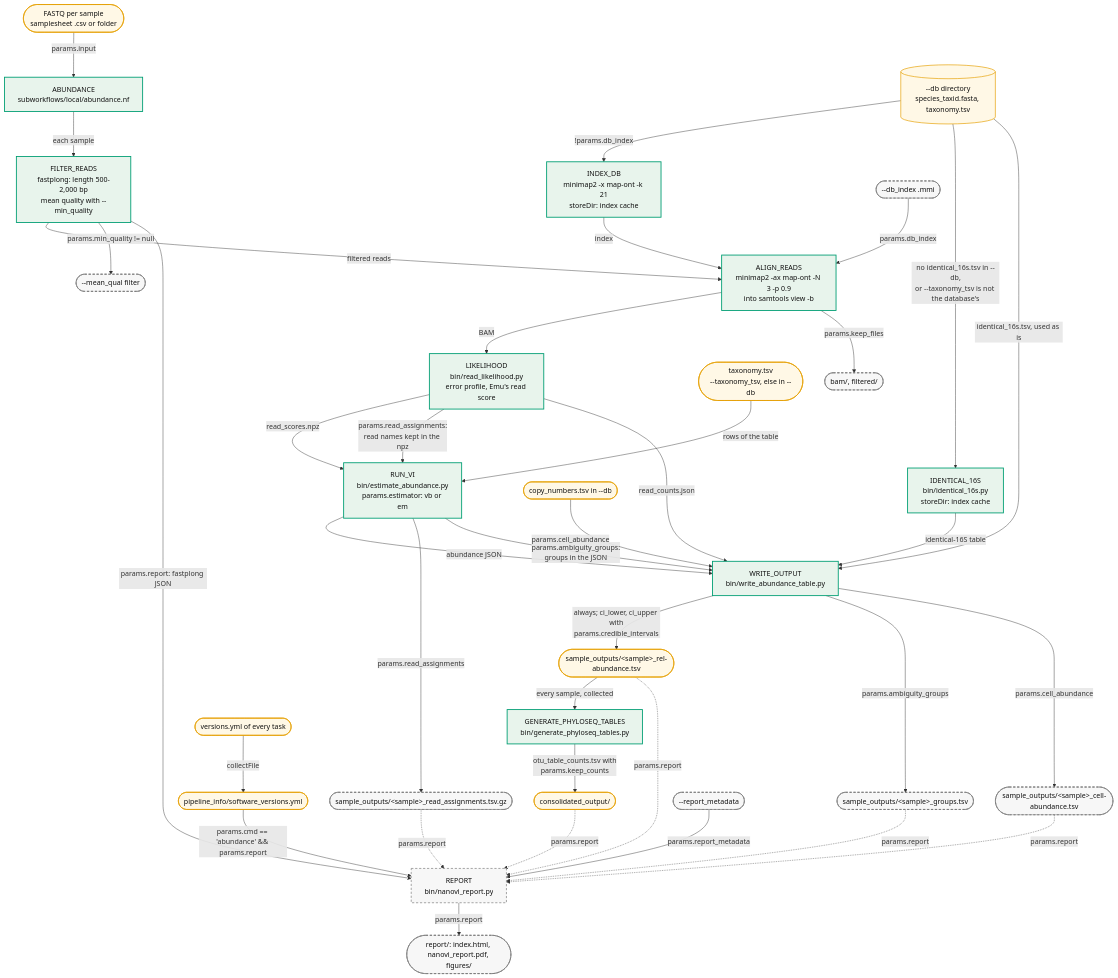
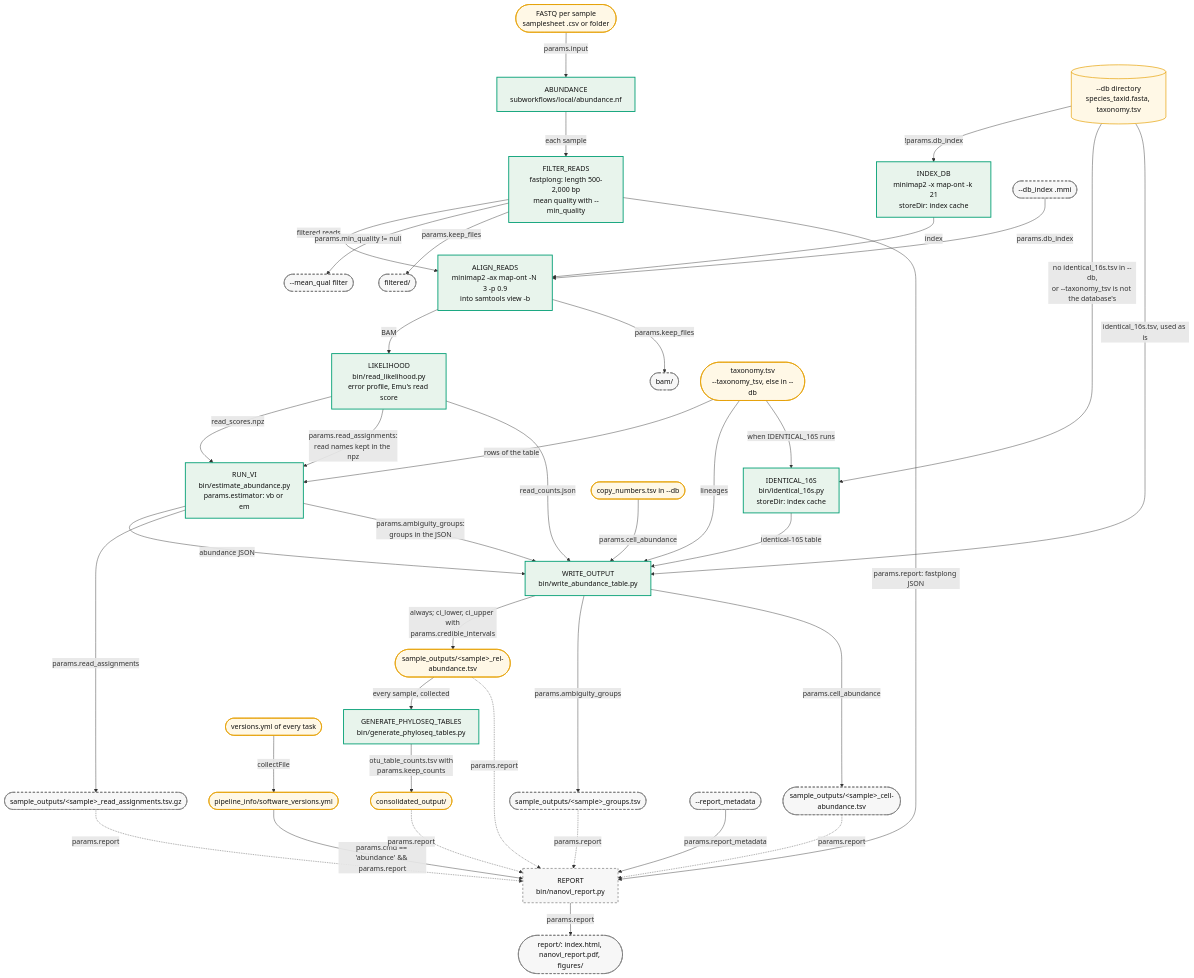
The first of 4 diagrams in docs/workflow.md (microbialds/NanoVI), drawn with Mermaid before and after one commit. The commit also changed other lines of this file and 4 other files, not shown here.

First line of the commit message:
fix: workflow page, diagram check and methods after review (F59)

````diff
--- a/docs/workflow.md
+++ b/docs/workflow.md
@@ -27,47 +31,50 @@
 ```mermaid
 flowchart TD
     Reads(["FASTQ per sample<br/>samplesheet .csv or folder"]) -->|"params.input"| ABUNDANCE
     ABUNDANCE["ABUNDANCE<br/>subworkflows/local/abundance.nf"] -->|"each sample"| FILTER_READS
 
     FILTER_READS["FILTER_READS<br/>fastplong: length 500-2,000 bp<br/>mean quality with --min_quality"] -->|"filtered reads"| ALIGN_READS
     FILTER_READS -->|"params.min_quality != null"| Quality(["--mean_qual filter"])
 
     Db[("--db directory<br/>species_taxid.fasta, taxonomy.tsv")] -->|"!params.db_index"| INDEX_DB["INDEX_DB<br/>minimap2 -x map-ont -k 21<br/>storeDir: index cache"]
     DbIndex(["--db_index .mmi"]) -->|"params.db_index"| ALIGN_READS
     INDEX_DB -->|"index"| ALIGN_READS
     Db -->|"no identical_16s.tsv in --db,<br/>or --taxonomy_tsv is not the database's"| IDENTICAL_16S["IDENTICAL_16S<br/>bin/identical_16s.py<br/>storeDir: index cache"]
     Db -->|"identical_16s.tsv, used as is"| WRITE_OUTPUT
     IDENTICAL_16S -->|"identical-16S table"| WRITE_OUTPUT
 
     ALIGN_READS["ALIGN_READS<br/>minimap2 -ax map-ont -N 3 -p 0.9<br/>into samtools view -b"] -->|"BAM"| LIKELIHOOD
-    ALIGN_READS -->|"params.keep_files"| Bam(["bam/, filtered/"])
+    ALIGN_READS -->|"params.keep_files"| Bam(["bam/"])
+    FILTER_READS -->|"params.keep_files"| Filtered(["filtered/"])
     LIKELIHOOD["LIKELIHOOD<br/>bin/read_likelihood.py<br/>error profile, Emu's read score"] -->|"read_scores.npz"| RUN_VI
     LIKELIHOOD -->|"params.read_assignments:<br/>read names kept in the npz"| RUN_VI
     LIKELIHOOD -->|"read_counts.json"| WRITE_OUTPUT
 
     Tax(["taxonomy.tsv<br/>--taxonomy_tsv, else in --db"]) -->|"rows of the table"| RUN_VI
+    Tax -->|"lineages"| WRITE_OUTPUT
+    Tax -->|"when IDENTICAL_16S runs"| IDENTICAL_16S
     RUN_VI["RUN_VI<br/>bin/estimate_abundance.py<br/>params.estimator: vb or em"] -->|"abundance JSON"| WRITE_OUTPUT
     RUN_VI -->|"params.read_assignments"| ReadAssign(["sample_outputs/#lt;sample#gt;_read_assignments.tsv.gz"])
     RUN_VI -->|"params.ambiguity_groups:<br/>groups in the JSON"| WRITE_OUTPUT
 
     CopyNumbers(["copy_numbers.tsv in --db"]) -->|"params.cell_abundance"| WRITE_OUTPUT
     WRITE_OUTPUT["WRITE_OUTPUT<br/>bin/write_abundance_table.py"] -->|"always; ci_lower, ci_upper with<br/>params.credible_intervals"| SpeciesTable(["sample_outputs/#lt;sample#gt;_rel-abundance.tsv"])
     WRITE_OUTPUT -->|"params.ambiguity_groups"| Groups(["sample_outputs/#lt;sample#gt;_groups.tsv"])
     WRITE_OUTPUT -->|"params.cell_abundance"| Cell(["sample_outputs/#lt;sample#gt;_cell-abundance.tsv"])
     SpeciesTable -->|"every sample, collected"| GENERATE_PHYLOSEQ_TABLES
     GENERATE_PHYLOSEQ_TABLES["GENERATE_PHYLOSEQ_TABLES<br/>bin/generate_phyloseq_tables.py"] -->|"otu_table_counts.tsv with<br/>params.keep_counts"| Consolidated(["consolidated_output/"])
 
     Versions(["versions.yml of every task"]) -->|"collectFile"| SoftwareVersions(["pipeline_info/software_versions.yml"])
     SoftwareVersions -->|"params.cmd == 'abundance' && params.report"| REPORT["REPORT<br/>bin/nanovi_report.py"]
     FILTER_READS -->|"params.report: fastplong JSON"| REPORT
     SpeciesTable & Groups & Cell & ReadAssign & Consolidated -.->|"params.report"| REPORT
     Metadata(["--report_metadata"]) -->|"params.report_metadata"| REPORT
     REPORT -->|"params.report"| ReportDir(["report/: index.html, nanovi_report.pdf, figures/"])
 
     classDef on fill:#E8F4EC,stroke:#009E73,stroke-width:2px,color:#111
     classDef opt fill:#F7F7F7,stroke:#777,stroke-width:1.5px,stroke-dasharray:5 4,color:#111
     classDef data fill:#FFF8E6,stroke:#E69F00,stroke-width:1.5px,color:#111
     class ABUNDANCE,FILTER_READS,INDEX_DB,IDENTICAL_16S,ALIGN_READS,LIKELIHOOD,RUN_VI,WRITE_OUTPUT,GENERATE_PHYLOSEQ_TABLES on
-    class REPORT,Quality,Bam,ReadAssign,Groups,Cell,ReportDir,Metadata,DbIndex opt
+    class REPORT,Quality,Bam,Filtered,ReadAssign,Groups,Cell,ReportDir,Metadata,DbIndex opt
     class Reads,Db,Tax,CopyNumbers,SpeciesTable,Consolidated,Versions,SoftwareVersions data
 ```
````
